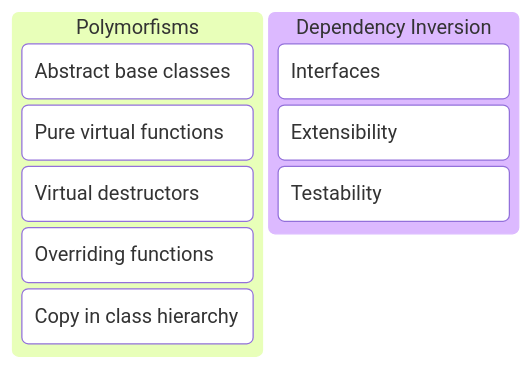
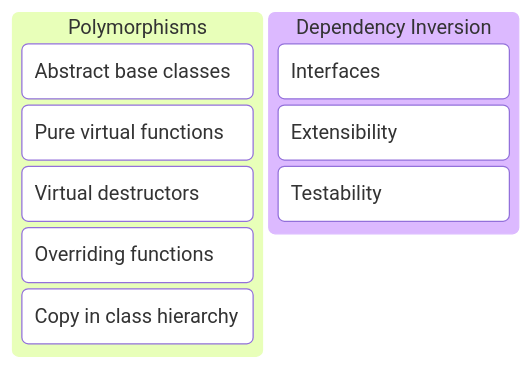
The diagram in slides/session_5/index.md (GlennVL-AP/cpp-programming-slides), drawn with Mermaid before and after one commit. The commit also changed other lines of this file and 5 other files, not shown here.

````diff
--- a/slides/session_5/index.md
+++ b/slides/session_5/index.md
@@ -7,13 +9,13 @@
 ```mermaid
 kanban
-  column1[Polymorfisms]
+  column1[Polymorphisms]
     task1[Abstract base classes]
     task2[Pure virtual functions]
     task3[Virtual destructors]
     task4[Overriding functions]
     task5[Copy in class hierarchy]
   column2[Dependency Inversion]
     task6[Interfaces]
     task7[Extensibility]
     task8[Testability]
 ```
````
